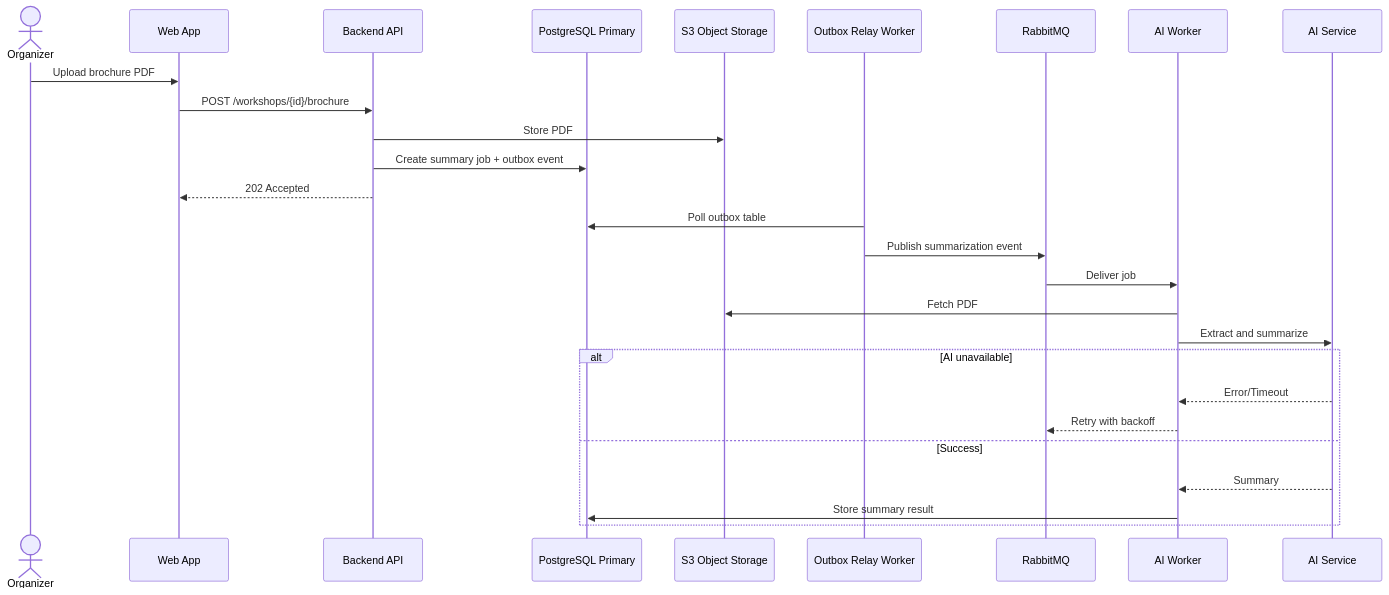
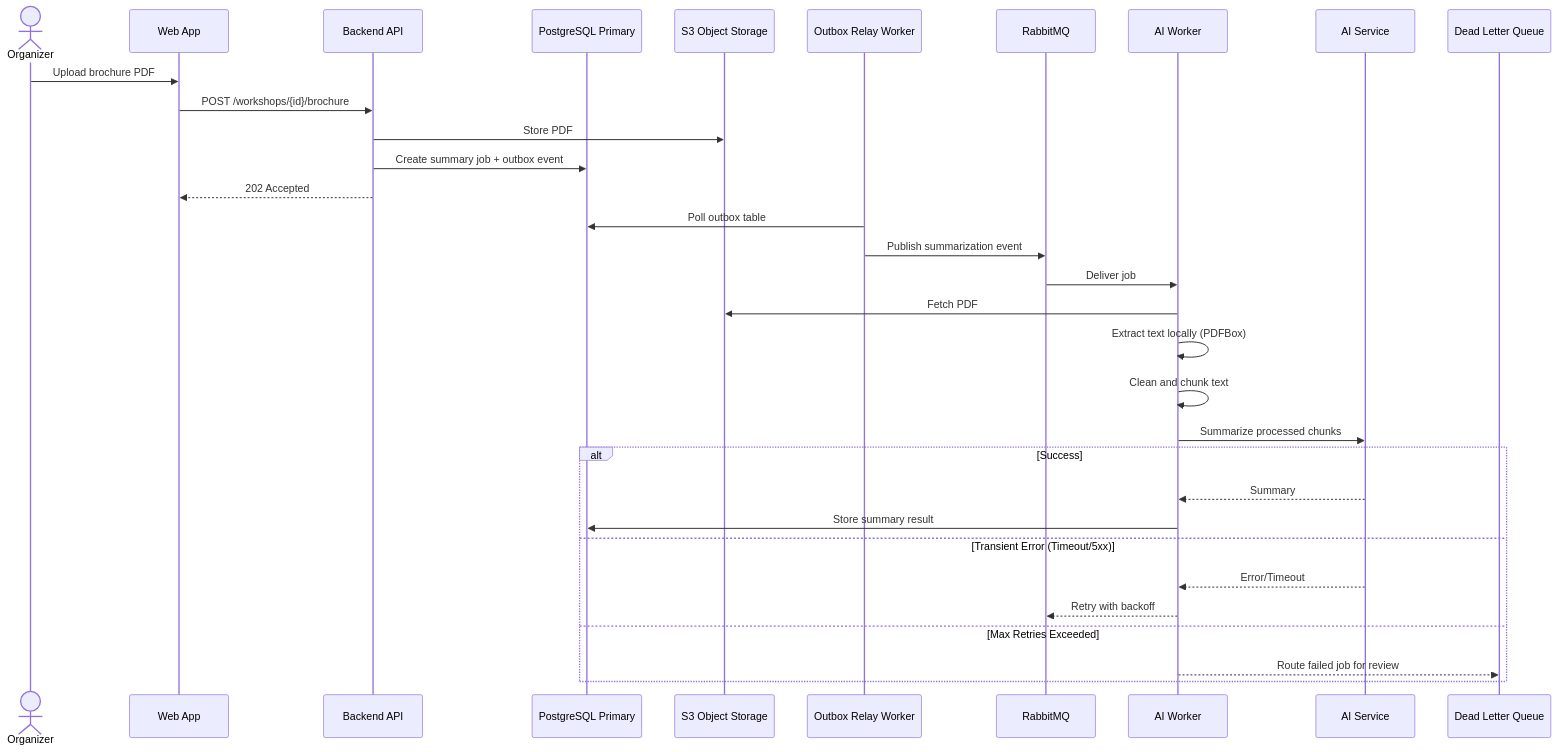
The third of 4 diagrams in blueprint/design.md (phatnguyen975/unihub-workshop), drawn with Mermaid before and after one commit. The commit also changed other lines of this file, not shown here.

Commit message:
docs: update AI summarization diagram

````diff
--- a/blueprint/design.md
+++ b/blueprint/design.md
@@ -222,31 +222,36 @@
 ```mermaid
 sequenceDiagram
   actor Organizer
   participant Web as Web App
   participant API as Backend API
   participant DB as PostgreSQL Primary
   participant S3 as S3 Object Storage
   participant Relay as Outbox Relay Worker
   participant Broker as RabbitMQ
   participant Worker as AI Worker
   participant AI as AI Service
+  participant DLQ as Dead Letter Queue
 
   Organizer->>Web: Upload brochure PDF
   Web->>API: POST /workshops/{id}/brochure
   API->>S3: Store PDF
   API->>DB: Create summary job + outbox event
   API-->>Web: 202 Accepted
 
   Relay->>DB: Poll outbox table
   Relay->>Broker: Publish summarization event
   Broker->>Worker: Deliver job
   Worker->>S3: Fetch PDF
-  Worker->>AI: Extract and summarize
-  alt AI unavailable
+  Worker->>Worker: Extract text locally (PDFBox)
+  Worker->>Worker: Clean and chunk text
+  Worker->>AI: Summarize processed chunks
+  alt Success
+    AI-->>Worker: Summary
+    Worker->>DB: Store summary result
+  else Transient Error (Timeout/5xx)
     AI-->>Worker: Error/Timeout
     Worker-->>Broker: Retry with backoff
-  else Success
-    AI-->>Worker: Summary
-    Worker->>DB: Store summary result
+  else Max Retries Exceeded
+    Worker-->>DLQ: Route failed job for review
   end
 ```
````
